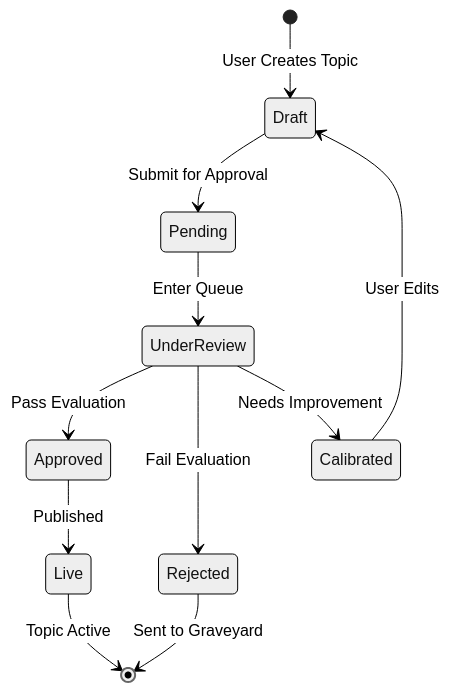
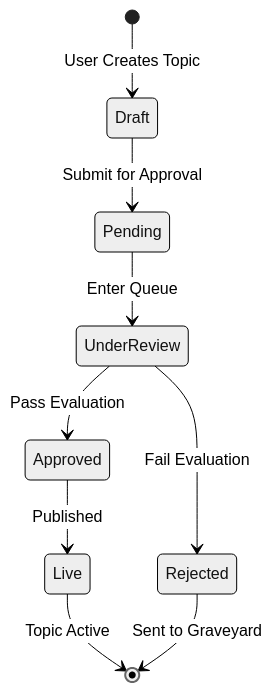
One commit to joshSzep/therobotoverlord-mono changed the second of 2 diagrams in docs/business-requirements/06-topics-content.md. Above: the diagram before and after it, drawn with Mermaid (neutral theme). The commit also changed other lines of this file and 12 other files, not shown here.

````diff
--- a/docs/business-requirements/06-topics-content.md
+++ b/docs/business-requirements/06-topics-content.md
@@ -35,13 +34,11 @@
 ```mermaid
 stateDiagram-v2
     [*] --> Draft: User Creates Topic
     Draft --> Pending: Submit for Approval
     Pending --> UnderReview: Enter Queue
     UnderReview --> Approved: Pass Evaluation
     UnderReview --> Rejected: Fail Evaluation
-    UnderReview --> Calibrated: Needs Improvement
-    Calibrated --> Draft: User Edits
     Approved --> Live: Published
     Live --> [*]: Topic Active
     Rejected --> [*]: Sent to Graveyard
 ```
````
